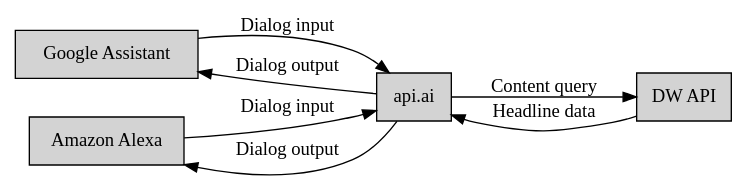
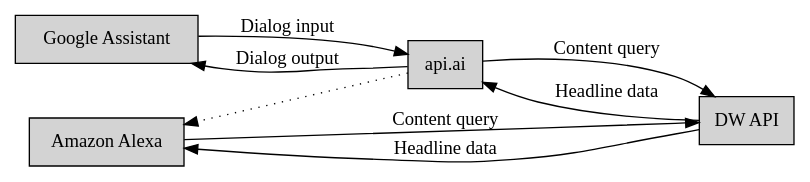
Before and after one commit to hannesrohde/asciidocdemo: the first of 2 diagrams in docs/src/asciidoc/index.adoc, drawn with Graphviz. The commit also changed 3 other files, not shown here.

Commit message:
updated diagram

```diff
--- a/docs/src/asciidoc/index.adoc
+++ b/docs/src/asciidoc/index.adoc
@@ -27,24 +27,25 @@
 [graphviz]
 ---------------------------------------------------------------------
 digraph assistant {
     rankdir=LR;
 
     // Nodes
     node [shape=box,style=filled];
     {
         rank=same
         google_assistant [label="Google Assistant"];
         amazon_alexa [label="Amazon Alexa"];
     }
     api_ai [label="api.ai"];
     dw_api [label="DW API"]
 
     // Edges
     google_assistant -> api_ai [label="Dialog input"];
     api_ai -> google_assistant [label="Dialog output"];
-    amazon_alexa -> api_ai [label="Dialog input"];
-    api_ai -> amazon_alexa [label="Dialog output"];
+    amazon_alexa -> dw_api [label="Content query"];
+    dw_api -> amazon_alexa [label="Headline data"];
     api_ai -> dw_api [label="Content query"];
-    dw_api -> api_ai [label="Headline data"]
+    dw_api -> api_ai [label="Headline data"];
+    api_ai -> amazon_alexa [style="dotted"];
 }
 ---------------------------------------------------------------------
```
